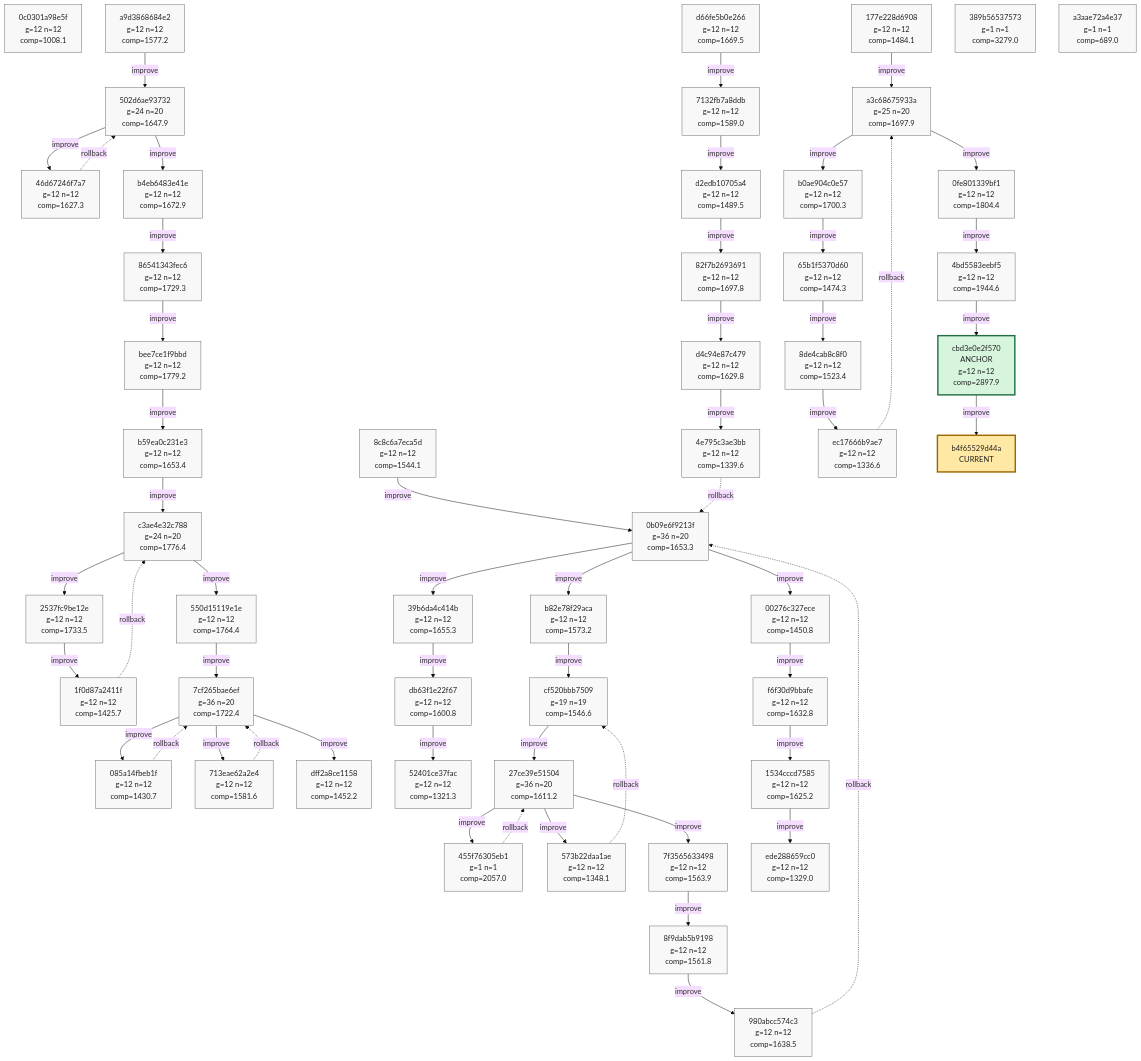
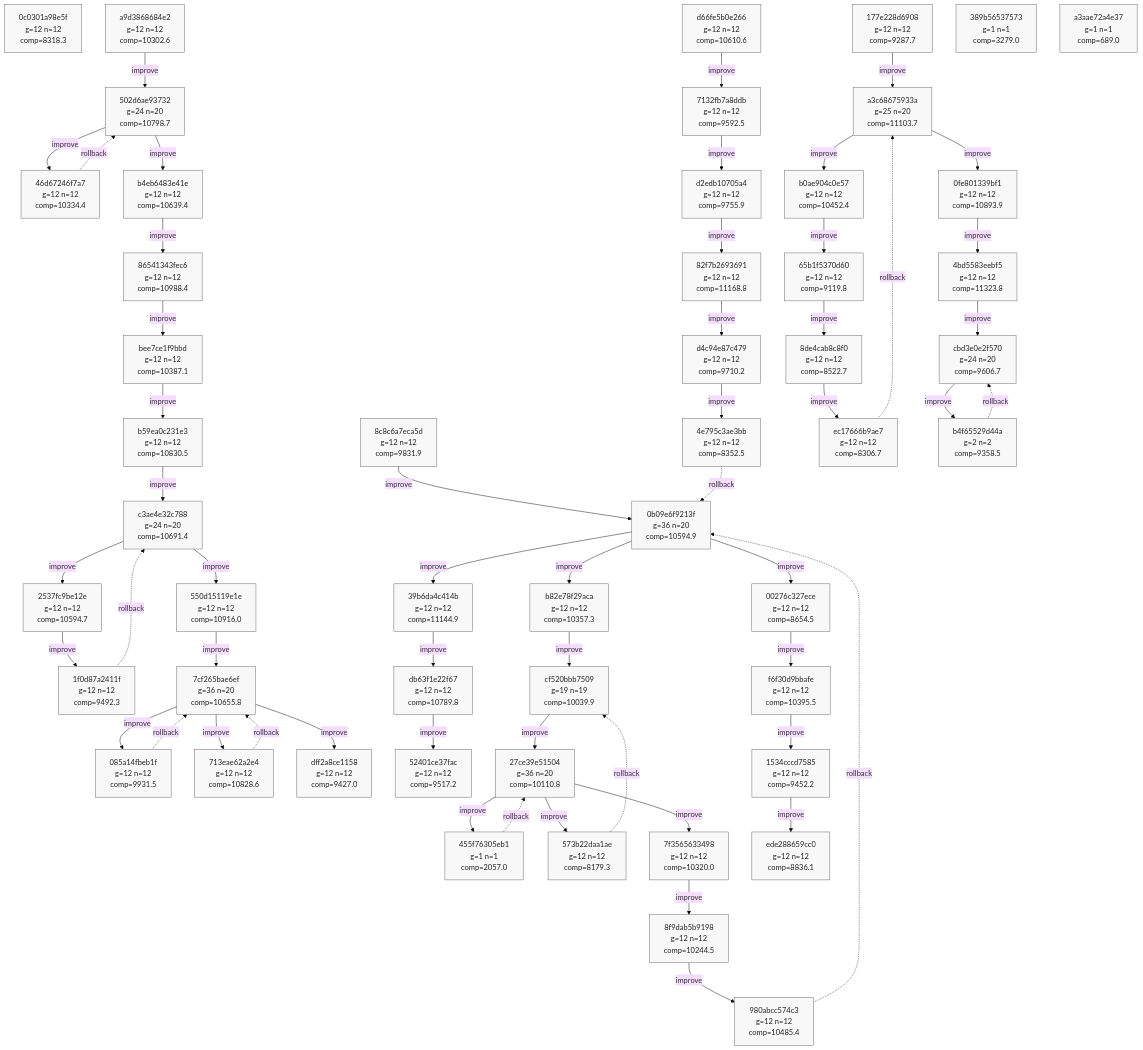
One commit to azumag/soviet_now changed the tenth of 10 diagrams in phyrogenetic-tree.md. Above: the diagram before and after it, drawn with Mermaid (base theme). The commit also changed other lines of this file and 2 other files, not shown here.

````diff
--- a/phyrogenetic-tree.md
+++ b/phyrogenetic-tree.md
@@ -2538,56 +2543,56 @@
 ```mermaid
 flowchart TD
-    h_0c0301a98e5f["0c0301a98e5f<br/>g=12 n=12<br/>comp=1008.1"]
-    h_a9d3868684e2["a9d3868684e2<br/>g=12 n=12<br/>comp=1577.2"]
-    h_502d6ae93732["502d6ae93732<br/>g=24 n=20<br/>comp=1647.9"]
-    h_46d67246f7a7["46d67246f7a7<br/>g=12 n=12<br/>comp=1627.3"]
-    h_b4eb6483e41e["b4eb6483e41e<br/>g=12 n=12<br/>comp=1672.9"]
-    h_86541343fec6["86541343fec6<br/>g=12 n=12<br/>comp=1729.3"]
-    h_bee7ce1f9bbd["bee7ce1f9bbd<br/>g=12 n=12<br/>comp=1779.2"]
-    h_b59ea0c231e3["b59ea0c231e3<br/>g=12 n=12<br/>comp=1653.4"]
-    h_c3ae4e32c788["c3ae4e32c788<br/>g=24 n=20<br/>comp=1776.4"]
-    h_2537fc9be12e["2537fc9be12e<br/>g=12 n=12<br/>comp=1733.5"]
-    h_1f0d87a2411f["1f0d87a2411f<br/>g=12 n=12<br/>comp=1425.7"]
-    h_550d15119e1e["550d15119e1e<br/>g=12 n=12<br/>comp=1764.4"]
-    h_7cf265bae6ef["7cf265bae6ef<br/>g=36 n=20<br/>comp=1722.4"]
-    h_085a14fbeb1f["085a14fbeb1f<br/>g=12 n=12<br/>comp=1430.7"]
-    h_713eae62a2e4["713eae62a2e4<br/>g=12 n=12<br/>comp=1581.6"]
-    h_dff2a8ce1158["dff2a8ce1158<br/>g=12 n=12<br/>comp=1452.2"]
-    h_8c8c6a7eca5d["8c8c6a7eca5d<br/>g=12 n=12<br/>comp=1544.1"]
-    h_0b09e6f9213f["0b09e6f9213f<br/>g=36 n=20<br/>comp=1653.3"]
-    h_39b6da4c414b["39b6da4c414b<br/>g=12 n=12<br/>comp=1655.3"]
-    h_db63f1e22f67["db63f1e22f67<br/>g=12 n=12<br/>comp=1600.8"]
-    h_52401ce37fac["52401ce37fac<br/>g=12 n=12<br/>comp=1321.3"]
-    h_d66fe5b0e266["d66fe5b0e266<br/>g=12 n=12<br/>comp=1669.5"]
-    h_7132fb7a8ddb["7132fb7a8ddb<br/>g=12 n=12<br/>comp=1589.0"]
-    h_d2edb10705a4["d2edb10705a4<br/>g=12 n=12<br/>comp=1489.5"]
-    h_82f7b2693691["82f7b2693691<br/>g=12 n=12<br/>comp=1697.8"]
-    h_d4c94e87c479["d4c94e87c479<br/>g=12 n=12<br/>comp=1629.8"]
-    h_4e795c3ae3bb["4e795c3ae3bb<br/>g=12 n=12<br/>comp=1339.6"]
-    h_b82e78f29aca["b82e78f29aca<br/>g=12 n=12<br/>comp=1573.2"]
-    h_cf520bbb7509["cf520bbb7509<br/>g=19 n=19<br/>comp=1546.6"]
-    h_27ce39e51504["27ce39e51504<br/>g=36 n=20<br/>comp=1611.2"]
+    h_0c0301a98e5f["0c0301a98e5f<br/>g=12 n=12<br/>comp=8318.3"]
+    h_a9d3868684e2["a9d3868684e2<br/>g=12 n=12<br/>comp=10302.6"]
+    h_502d6ae93732["502d6ae93732<br/>g=24 n=20<br/>comp=10798.7"]
+    h_46d67246f7a7["46d67246f7a7<br/>g=12 n=12<br/>comp=10334.4"]
+    h_b4eb6483e41e["b4eb6483e41e<br/>g=12 n=12<br/>comp=10639.4"]
+    h_86541343fec6["86541343fec6<br/>g=12 n=12<br/>comp=10988.4"]
+    h_bee7ce1f9bbd["bee7ce1f9bbd<br/>g=12 n=12<br/>comp=10387.1"]
+    h_b59ea0c231e3["b59ea0c231e3<br/>g=12 n=12<br/>comp=10830.5"]
+    h_c3ae4e32c788["c3ae4e32c788<br/>g=24 n=20<br/>comp=10691.4"]
+    h_2537fc9be12e["2537fc9be12e<br/>g=12 n=12<br/>comp=10594.7"]
+    h_1f0d87a2411f["1f0d87a2411f<br/>g=12 n=12<br/>comp=9492.3"]
+    h_550d15119e1e["550d15119e1e<br/>g=12 n=12<br/>comp=10916.0"]
+    h_7cf265bae6ef["7cf265bae6ef<br/>g=36 n=20<br/>comp=10655.8"]
+    h_085a14fbeb1f["085a14fbeb1f<br/>g=12 n=12<br/>comp=9931.5"]
+    h_713eae62a2e4["713eae62a2e4<br/>g=12 n=12<br/>comp=10828.6"]
+    h_dff2a8ce1158["dff2a8ce1158<br/>g=12 n=12<br/>comp=9427.0"]
+    h_8c8c6a7eca5d["8c8c6a7eca5d<br/>g=12 n=12<br/>comp=9831.9"]
+    h_0b09e6f9213f["0b09e6f9213f<br/>g=36 n=20<br/>comp=10594.9"]
+    h_39b6da4c414b["39b6da4c414b<br/>g=12 n=12<br/>comp=11144.9"]
+    h_db63f1e22f67["db63f1e22f67<br/>g=12 n=12<br/>comp=10789.8"]
+    h_52401ce37fac["52401ce37fac<br/>g=12 n=12<br/>comp=9517.2"]
+    h_d66fe5b0e266["d66fe5b0e266<br/>g=12 n=12<br/>comp=10610.6"]
+    h_7132fb7a8ddb["7132fb7a8ddb<br/>g=12 n=12<br/>comp=9592.5"]
+    h_d2edb10705a4["d2edb10705a4<br/>g=12 n=12<br/>comp=9755.9"]
+    h_82f7b2693691["82f7b2693691<br/>g=12 n=12<br/>comp=11168.8"]
+    h_d4c94e87c479["d4c94e87c479<br/>g=12 n=12<br/>comp=9710.2"]
+    h_4e795c3ae3bb["4e795c3ae3bb<br/>g=12 n=12<br/>comp=8352.5"]
+    h_b82e78f29aca["b82e78f29aca<br/>g=12 n=12<br/>comp=10357.3"]
+    h_cf520bbb7509["cf520bbb7509<br/>g=19 n=19<br/>comp=10039.9"]
+    h_27ce39e51504["27ce39e51504<br/>g=36 n=20<br/>comp=10110.8"]
     h_455f76305eb1["455f76305eb1<br/>g=1 n=1<br/>comp=2057.0"]
-    h_573b22daa1ae["573b22daa1ae<br/>g=12 n=12<br/>comp=1348.1"]
-    h_7f3565633498["7f3565633498<br/>g=12 n=12<br/>comp=1563.9"]
-    h_8f9dab5b9198["8f9dab5b9198<br/>g=12 n=12<br/>comp=1561.8"]
-    h_980abcc574c3["980abcc574c3<br/>g=12 n=12<br/>comp=1638.5"]
-    h_00276c327ece["00276c327ece<br/>g=12 n=12<br/>comp=1450.8"]
-    h_f6f30d9bbafe["f6f30d9bbafe<br/>g=12 n=12<br/>comp=1632.8"]
-    h_1534cccd7585["1534cccd7585<br/>g=12 n=12<br/>comp=1625.2"]
-    h_ede288659cc0["ede288659cc0<br/>g=12 n=12<br/>comp=1329.0"]
-    h_177e228d6908["177e228d6908<br/>g=12 n=12<br/>comp=1484.1"]
-    h_a3c68675933a["a3c68675933a<br/>g=25 n=20<br/>comp=1697.9"]
-    h_b0ae904c0e57["b0ae904c0e57<br/>g=12 n=12<br/>comp=1700.3"]
-    h_65b1f5370d60["65b1f5370d60<br/>g=12 n=12<br/>comp=1474.3"]
-    h_8de4cab8c8f0["8de4cab8c8f0<br/>g=12 n=12<br/>comp=1523.4"]
-    h_ec17666b9ae7["ec17666b9ae7<br/>g=12 n=12<br/>comp=1336.6"]
-    h_0fe801339bf1["0fe801339bf1<br/>g=12 n=12<br/>comp=1804.4"]
-    h_4bd5583eebf5["4bd5583eebf5<br/>g=12 n=12<br/>comp=1944.6"]
-    h_cbd3e0e2f570["cbd3e0e2f570<br/>ANCHOR<br/>g=12 n=12<br/>comp=2897.9"]
+    h_573b22daa1ae["573b22daa1ae<br/>g=12 n=12<br/>comp=8179.3"]
+    h_7f3565633498["7f3565633498<br/>g=12 n=12<br/>comp=10320.0"]
+    h_8f9dab5b9198["8f9dab5b9198<br/>g=12 n=12<br/>comp=10244.5"]
+    h_980abcc574c3["980abcc574c3<br/>g=12 n=12<br/>comp=10485.4"]
+    h_00276c327ece["00276c327ece<br/>g=12 n=12<br/>comp=8654.5"]
+    h_f6f30d9bbafe["f6f30d9bbafe<br/>g=12 n=12<br/>comp=10395.5"]
+    h_1534cccd7585["1534cccd7585<br/>g=12 n=12<br/>comp=9452.2"]
+    h_ede288659cc0["ede288659cc0<br/>g=12 n=12<br/>comp=8836.1"]
+    h_177e228d6908["177e228d6908<br/>g=12 n=12<br/>comp=9287.7"]
+    h_a3c68675933a["a3c68675933a<br/>g=25 n=20<br/>comp=11103.7"]
+    h_b0ae904c0e57["b0ae904c0e57<br/>g=12 n=12<br/>comp=10452.4"]
+    h_65b1f5370d60["65b1f5370d60<br/>g=12 n=12<br/>comp=9119.8"]
+    h_8de4cab8c8f0["8de4cab8c8f0<br/>g=12 n=12<br/>comp=8522.7"]
+    h_ec17666b9ae7["ec17666b9ae7<br/>g=12 n=12<br/>comp=8306.7"]
+    h_0fe801339bf1["0fe801339bf1<br/>g=12 n=12<br/>comp=10893.9"]
+    h_4bd5583eebf5["4bd5583eebf5<br/>g=12 n=12<br/>comp=11323.8"]
+    h_cbd3e0e2f570["cbd3e0e2f570<br/>g=24 n=20<br/>comp=9606.7"]
+    h_b4f65529d44a["b4f65529d44a<br/>g=2 n=2<br/>comp=9358.5"]
     h_389b56537573["389b56537573<br/>g=1 n=1<br/>comp=3279.0"]
     h_a3aae72a4e37["a3aae72a4e37<br/>g=1 n=1<br/>comp=689.0"]
-    h_b4f65529d44a["b4f65529d44a<br/>CURRENT"]
 
     h_a9d3868684e2 -->|improve| h_502d6ae93732
     h_502d6ae93732 -->|improve| h_46d67246f7a7
@@ -2642,6 +2647,7 @@
     h_0fe801339bf1 -->|improve| h_4bd5583eebf5
     h_4bd5583eebf5 -->|improve| h_cbd3e0e2f570
     h_cbd3e0e2f570 -->|improve| h_b4f65529d44a
+    h_b4f65529d44a -. rollback .-> h_cbd3e0e2f570
 
     classDef plain fill:#f8f8f8,stroke:#666,stroke-width:1px,color:#222;
     classDef current fill:#ffe8a3,stroke:#9a6700,stroke-width:3px,color:#222;
@@ -2695,8 +2701,8 @@
     class h_ec17666b9ae7 plain;
     class h_0fe801339bf1 plain;
     class h_4bd5583eebf5 plain;
-    class h_cbd3e0e2f570 anchor;
+    class h_cbd3e0e2f570 plain;
+    class h_b4f65529d44a plain;
     class h_389b56537573 plain;
     class h_a3aae72a4e37 plain;
-    class h_b4f65529d44a current;
 ```
````
